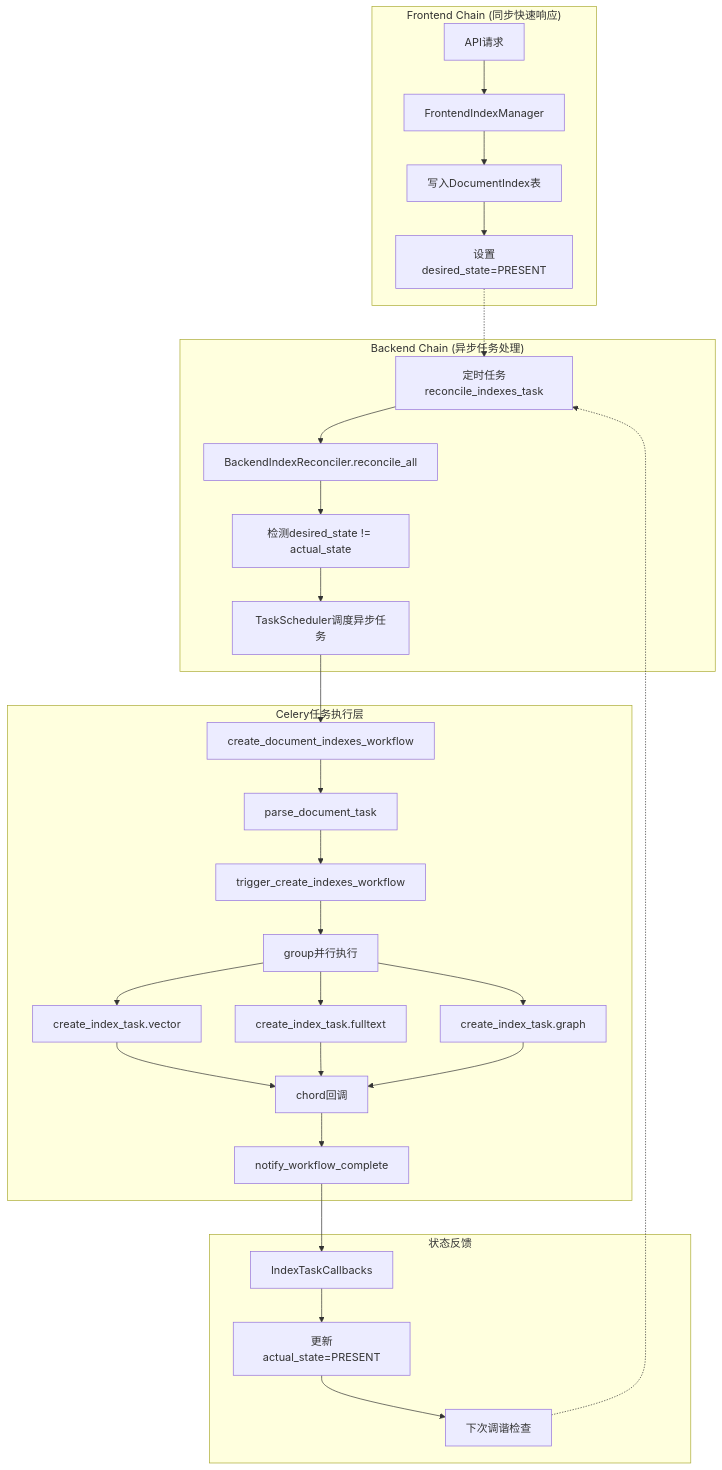
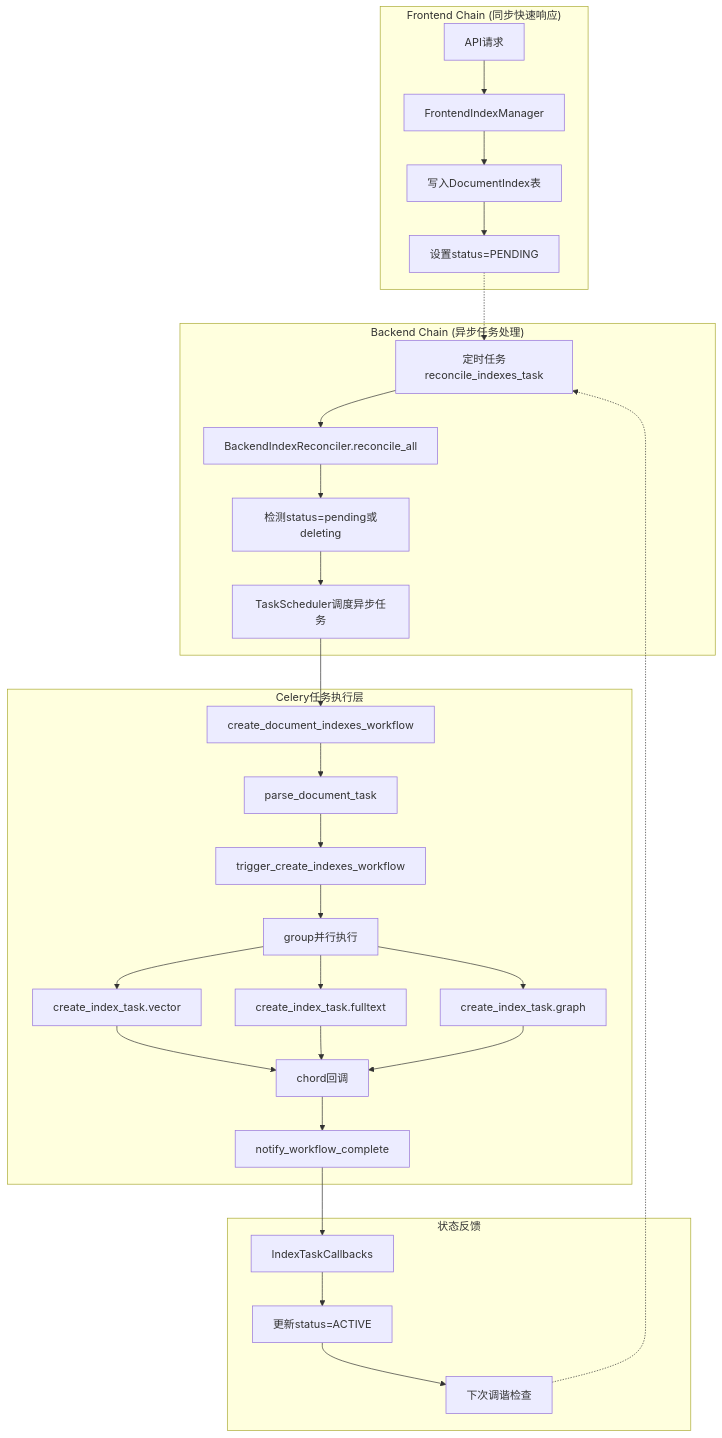
One commit to holdgh/ApeRAG changed the diagram in docs/indexing_architecture_zh.md. Above: the diagram before and after it, drawn with Mermaid. The commit also changed other lines of this file and 16 other files, not shown here.

````diff
--- a/docs/indexing_architecture_zh.md
+++ b/docs/indexing_architecture_zh.md
@@ -9,37 +9,37 @@
 ```mermaid
 graph TB
     subgraph "Frontend Chain (同步快速响应)"
         A[API请求] --> B[FrontendIndexManager]
         B --> C[写入DocumentIndex表]
-        C --> D[设置desired_state=PRESENT]
+        C --> D[设置status=PENDING]
     end
     
     subgraph "Backend Chain (异步任务处理)"
         E[定时任务reconcile_indexes_task] --> F[BackendIndexReconciler.reconcile_all]
-        F --> G[检测desired_state != actual_state]
+        F --> G[检测status=pending或deleting]
         G --> H[TaskScheduler调度异步任务]
     end
     
     subgraph "Celery任务执行层"
         H --> I[create_document_indexes_workflow]
         I --> J[parse_document_task]
         J --> K[trigger_create_indexes_workflow]
         K --> L[group并行执行]
         L --> M[create_index_task.vector]
         L --> N[create_index_task.fulltext] 
         L --> O[create_index_task.graph]
         M --> P[chord回调]
         N --> P
         O --> P
         P --> Q[notify_workflow_complete]
     end
     
     subgraph "状态反馈"
         Q --> R[IndexTaskCallbacks]
-        R --> S[更新actual_state=PRESENT]
+        R --> S[更新status=ACTIVE]
         S --> T[下次调谐检查]
     end
     
     D -.-> E
     T -.-> E
 ```
````
